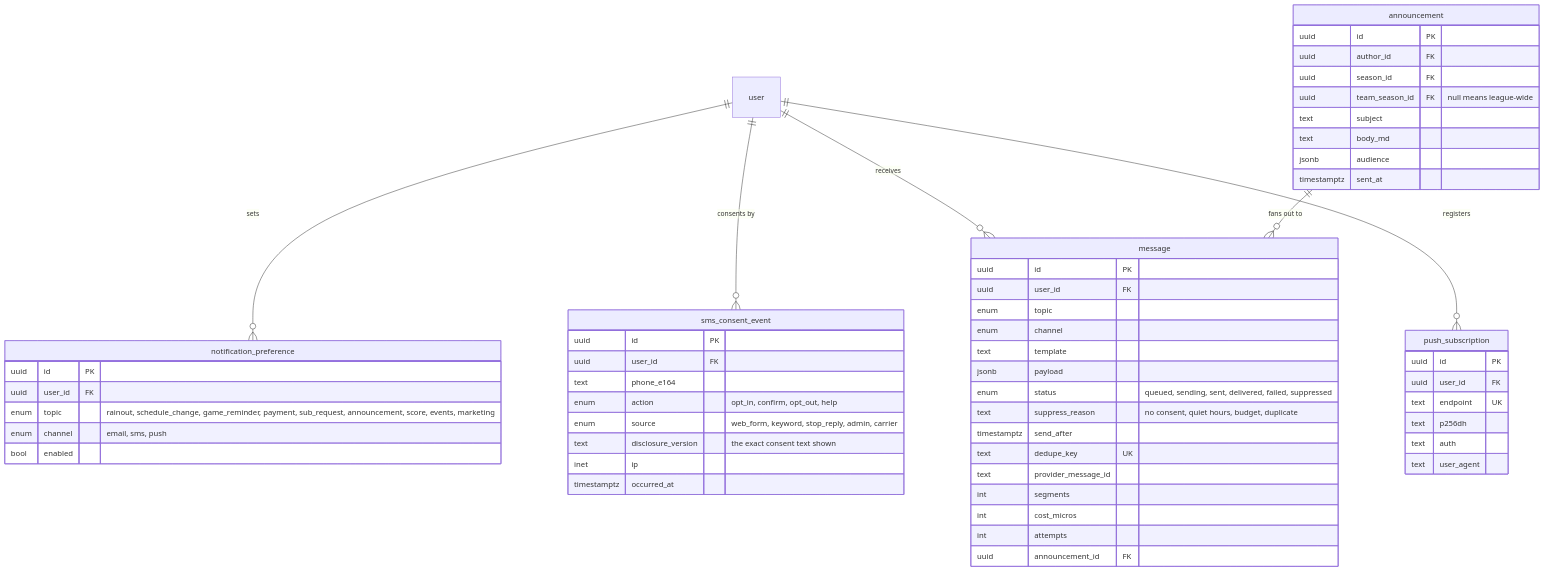
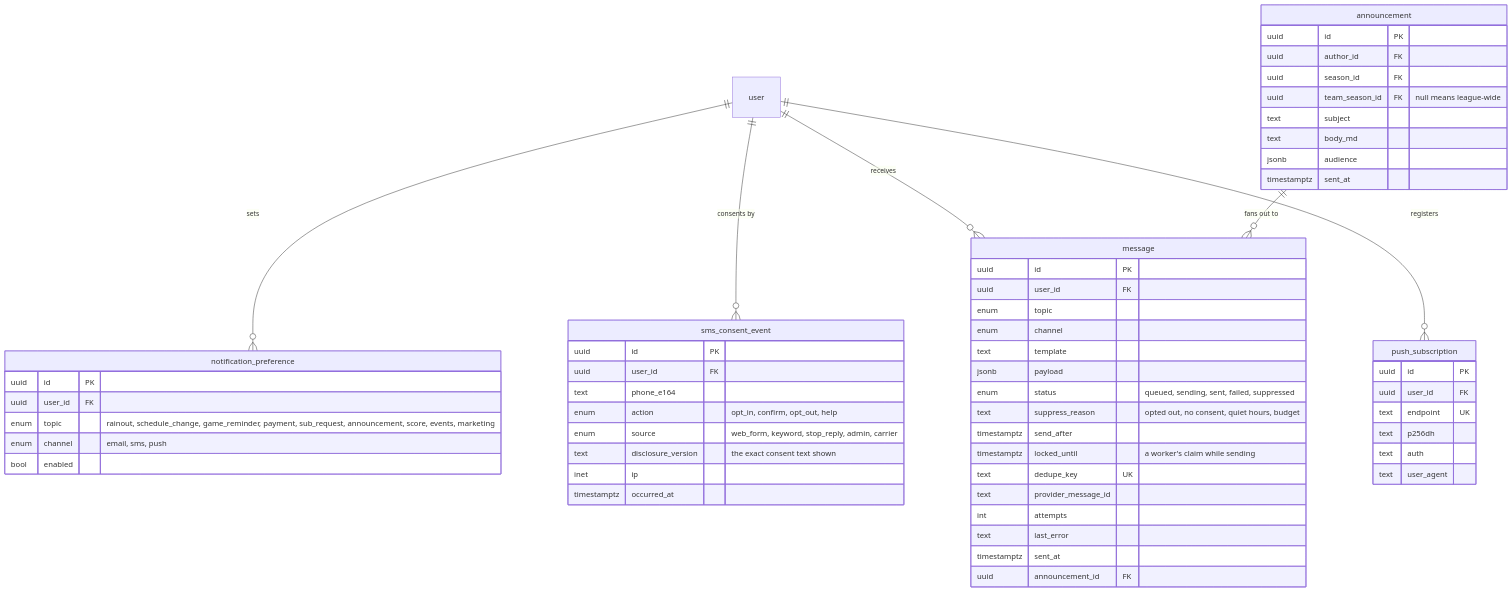
The fourth of 7 diagrams in docs/data-model.md (michael-fesselmeyer/kickball-league), drawn with Mermaid before and after one commit. The commit also changed other lines of this file and 1 other file, not shown here.

Commit message:
docs: describe how the outbox avoids double sends

````diff
--- a/docs/data-model.md
+++ b/docs/data-model.md
@@ -550,61 +550,62 @@
 ```mermaid
 erDiagram
   user ||--o{ notification_preference : sets
   user ||--o{ sms_consent_event : "consents by"
   user ||--o{ message : receives
   user ||--o{ push_subscription : registers
   announcement ||--o{ message : "fans out to"
 
   notification_preference {
     uuid id PK
     uuid user_id FK
     enum topic "rainout, schedule_change, game_reminder, payment, sub_request, announcement, score, events, marketing"
     enum channel "email, sms, push"
     bool enabled
   }
   sms_consent_event {
     uuid id PK
     uuid user_id FK
     text phone_e164
     enum action "opt_in, confirm, opt_out, help"
     enum source "web_form, keyword, stop_reply, admin, carrier"
     text disclosure_version "the exact consent text shown"
     inet ip
     timestamptz occurred_at
   }
   message {
     uuid id PK
     uuid user_id FK
     enum topic
     enum channel
     text template
     jsonb payload
-    enum status "queued, sending, sent, delivered, failed, suppressed"
-    text suppress_reason "no consent, quiet hours, budget, duplicate"
+    enum status "queued, sending, sent, failed, suppressed"
+    text suppress_reason "opted out, no consent, quiet hours, budget"
     timestamptz send_after
+    timestamptz locked_until "a worker's claim while sending"
     text dedupe_key UK
     text provider_message_id
-    int segments
-    int cost_micros
     int attempts
+    text last_error
+    timestamptz sent_at
     uuid announcement_id FK
   }
   announcement {
     uuid id PK
     uuid author_id FK
     uuid season_id FK
     uuid team_season_id FK "null means league-wide"
     text subject
     text body_md
     jsonb audience
     timestamptz sent_at
   }
   push_subscription {
     uuid id PK
     uuid user_id FK
     text endpoint UK
     text p256dh
     text auth
     text user_agent
   }
 ```
````
